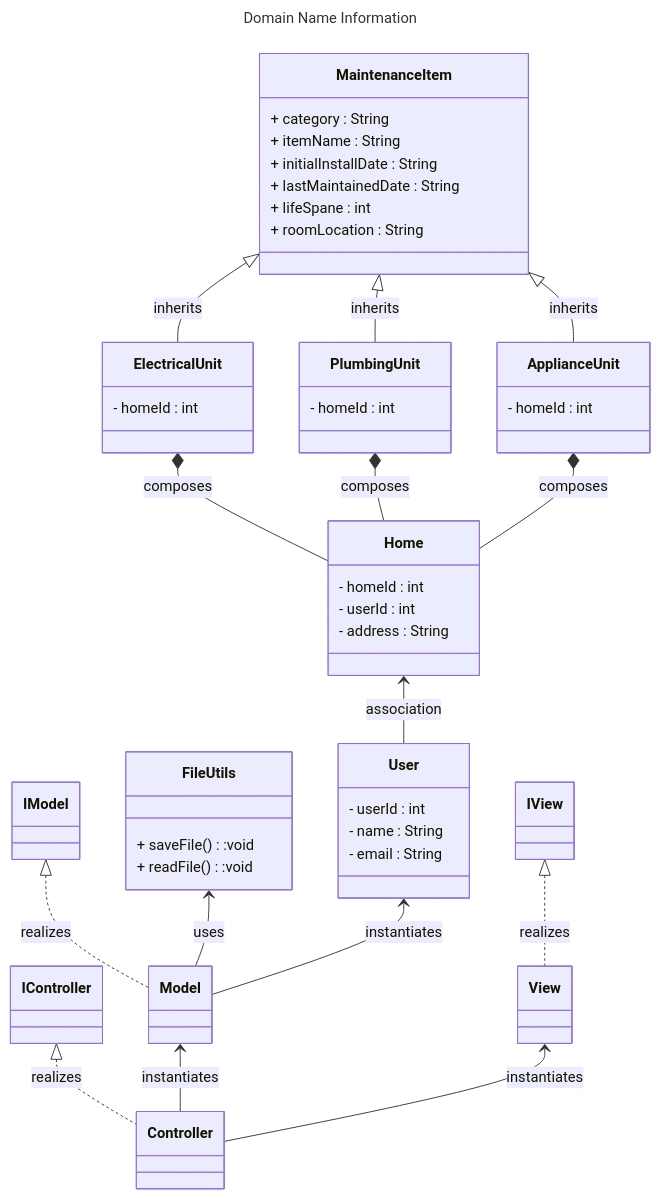
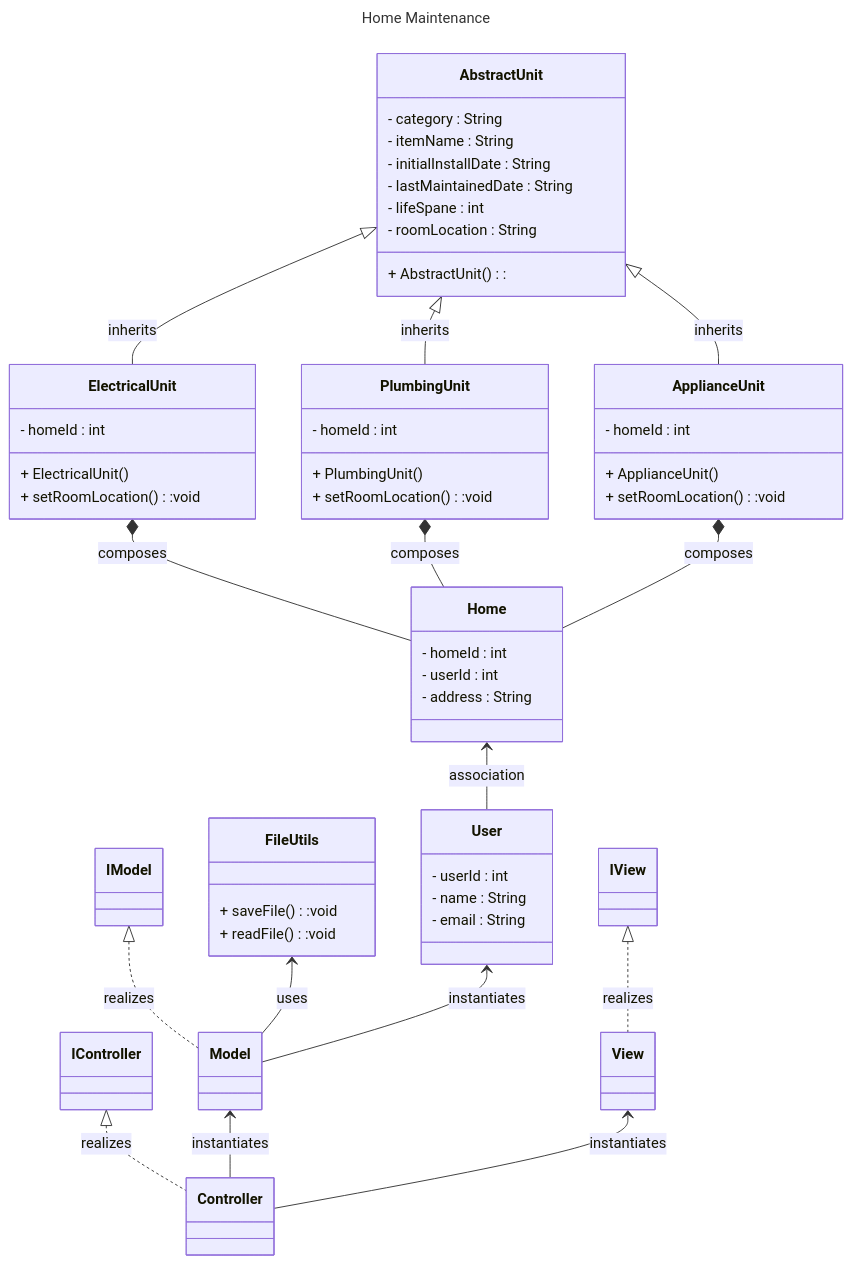
One commit to Sp25-CS5004-Online-Lionelle/final-project-group-4 changed the diagram in DesignDocuments/DesignDocument.md. Above: the diagram before and after it, drawn with Mermaid.

Commit message:
initial design addition

````diff
--- a/DesignDocuments/DesignDocument.md
+++ b/DesignDocuments/DesignDocument.md
@@ -5,63 +5,69 @@
 ```mermaid
 ---
-title: Domain Name Information
+title: Home Maintenance
 ---
 
 classDiagram
     direction TD
     IController <|.. Controller : realizes
     IView <|.. View : realizes
     IModel <|.. Model : realizes
     FileUtils <-- Model : uses
     Model <-- Controller : instantiates
     View <-- Controller : instantiates
-    MaintenanceItem <|-- ElectricalUnit : inherits
-    MaintenanceItem <|-- PlumbingUnit : inherits
-    MaintenanceItem <|-- ApplianceUnit : inherits
+    AbstractUnit <|-- ElectricalUnit : inherits
+    AbstractUnit <|-- PlumbingUnit : inherits
+    AbstractUnit <|-- ApplianceUnit : inherits
     ElectricalUnit *-- Home : composes
     PlumbingUnit *-- Home : composes
     ApplianceUnit *-- Home : composes
     Home <-- User : association
     User <-- Model : instantiates
 
     class FileUtils {
         + saveFile():void
         + readFile():void
     }
 
-    class MaintenanceItem {
-        + category : String
-        + itemName : String
-        + initialInstallDate : String
-        + lastMaintainedDate : String
-        + lifeSpane : int
-        + roomLocation : String
+    class AbstractUnit {
+        - category : String
+        - itemName : String
+        - initialInstallDate : String
+        - lastMaintainedDate : String
+        - lifeSpane : int
+        - roomLocation : String
+        + AbstractUnit():
     }
 
     class ElectricalUnit {
         - homeId : int
-
+        + ElectricalUnit()
+        + setRoomLocation():void
     }
 
     class PlumbingUnit {
         - homeId : int
+        + PlumbingUnit()
+        + setRoomLocation():void
 
     }
 
     class ApplianceUnit {
         - homeId : int
+        + ApplianceUnit()
+        + setRoomLocation():void
 
     }
 
     class User {
         - userId : int
         - name : String
         - email : String
     }
 
     class Home {
         - homeId : int
         - userId : int
         - address : String
     }
 ```
````
